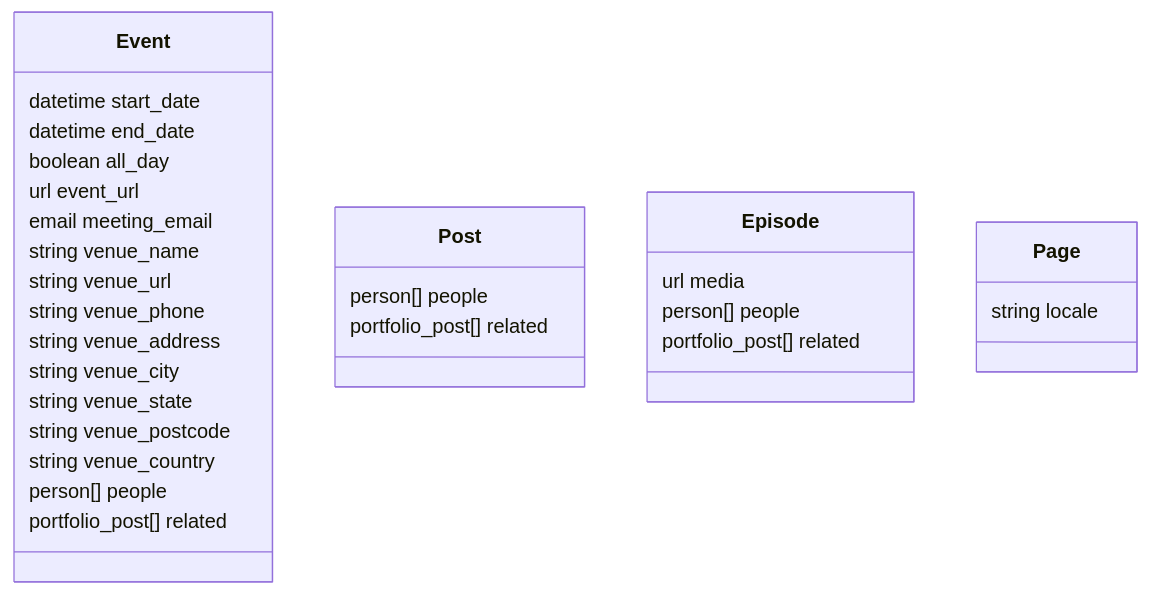
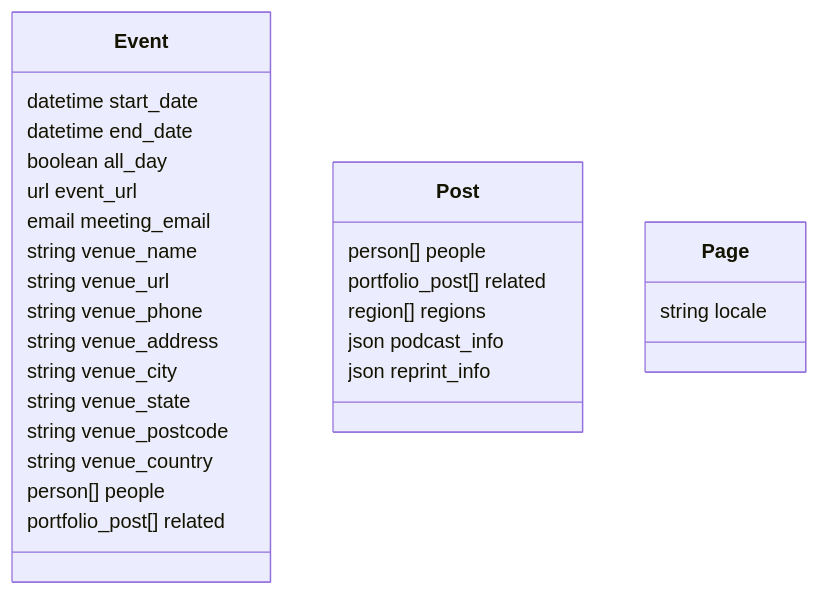
Before and after one commit to autogram-is/cg-web: the second of 3 diagrams in CONTENT.md, drawn with Mermaid. The commit also changed other lines of this file and 5 other files, not shown here.

````diff
--- a/CONTENT.md
+++ b/CONTENT.md
@@ -87,37 +72,34 @@
 ```mermaid
 classDiagram
     class Event {
         datetime start_date
         datetime end_date
         boolean all_day
         url event_url
         email meeting_email
 
         string venue_name
         string venue_url
         string venue_phone
         string venue_address
         string venue_city
         string venue_state
         string venue_postcode
         string venue_country
 
         person[] people
         portfolio_post[] related
     }
 
     class Post {
         person[] people
         portfolio_post[] related
-    }
-
-    class Episode {
-        url media
-        person[] people
-        portfolio_post[] related
+        region[] regions
+        json podcast_info
+        json reprint_info
     }
 
     class Page {
         string locale
     }
 ```
````
